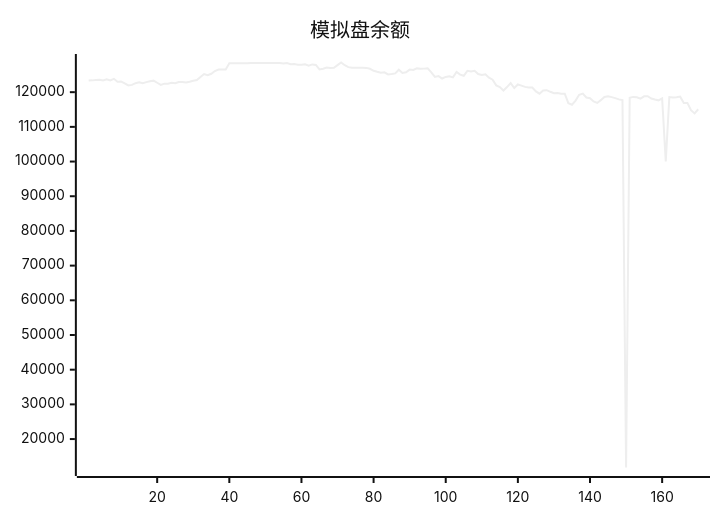
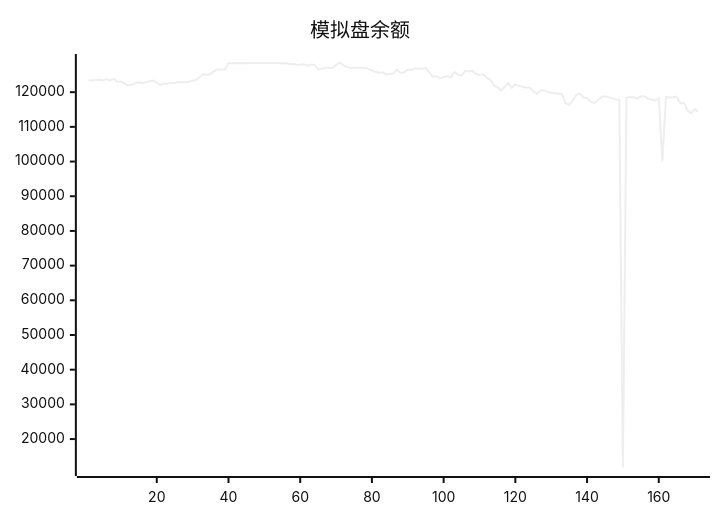
One commit to aahl/ai-trading changed the diagram in README.md. Above: the diagram before and after it, drawn with Mermaid (neutral theme). The commit also changed other lines of this file and 1 other file, not shown here.

````diff
--- a/README.md
+++ b/README.md
@@ -5,5 +5,5 @@
 ```mermaid
 xychart
     title "模拟盘余额"
-    line [123338,123402,123530,123592,123378,123745,123413,123853,123009,123040,122557,121938,122095,122599,122856,122597,122898,123160,123319,122719,122087,122454,122416,122685,122592,122907,122961,122776,122981,123295,123507,124403,125224,124894,125303,126088,126544,126534,126549,128335,128318,128318,128318,128318,128318,128424,128424,128424,128424,128424,128424,128424,128424,128424,128247,128412,128062,128087,127917,127901,128026,127611,128000,127850,126572,126770,127100,126971,127029,127783,128554,127765,127224,127064,127044,127009,127025,127004,126738,126152,125871,125635,125707,125117,125217,125420,126480,125545,125715,126511,126424,126856,126764,126788,126890,125710,124381,124632,123936,124402,124574,124256,125833,125070,124739,126154,125966,126145,125213,124943,125143,124157,123604,121959,121476,120476,121470,122610,121201,122221,121889,121522,121332,121344,120232,119559,120513,120577,120108,119680,119777,119572,119568,116839,116392,117573,119250,119585,118469,118277,117338,116897,117706,118628,118849,118579,118280,117926,117735,11802,118373,118639,118544,118136,118798,118819,118162,117874,117649,118215,100000,118601,118463,118517,118713,116911,116899,114798,113887,115084]
+    line [123338,123402,123530,123592,123378,123745,123413,123853,123009,123040,122557,121938,122095,122599,122856,122597,122898,123160,123319,122719,122087,122454,122416,122685,122592,122907,122961,122776,122981,123295,123507,124403,125224,124894,125303,126088,126544,126534,126549,128335,128318,128318,128318,128318,128318,128424,128424,128424,128424,128424,128424,128424,128424,128424,128247,128412,128062,128087,127917,127901,128026,127611,128000,127850,126572,126770,127100,126971,127029,127783,128554,127765,127224,127064,127044,127009,127025,127004,126738,126152,125871,125635,125707,125117,125217,125420,126480,125545,125715,126511,126424,126856,126764,126788,126890,125710,124381,124632,123936,124402,124574,124256,125833,125070,124739,126154,125966,126145,125213,124943,125143,124157,123604,121959,121476,120476,121470,122610,121201,122221,121889,121522,121332,121344,120232,119559,120513,120577,120108,119680,119777,119572,119568,116839,116392,117573,119250,119585,118469,118277,117338,116897,117706,118628,118849,118579,118280,117926,117735,11802,118373,118639,118544,118136,118798,118819,118162,117874,117649,118215,100000,118601,118463,118517,118713,116911,116899,114798,113887,115084,114313]
 ```
````
